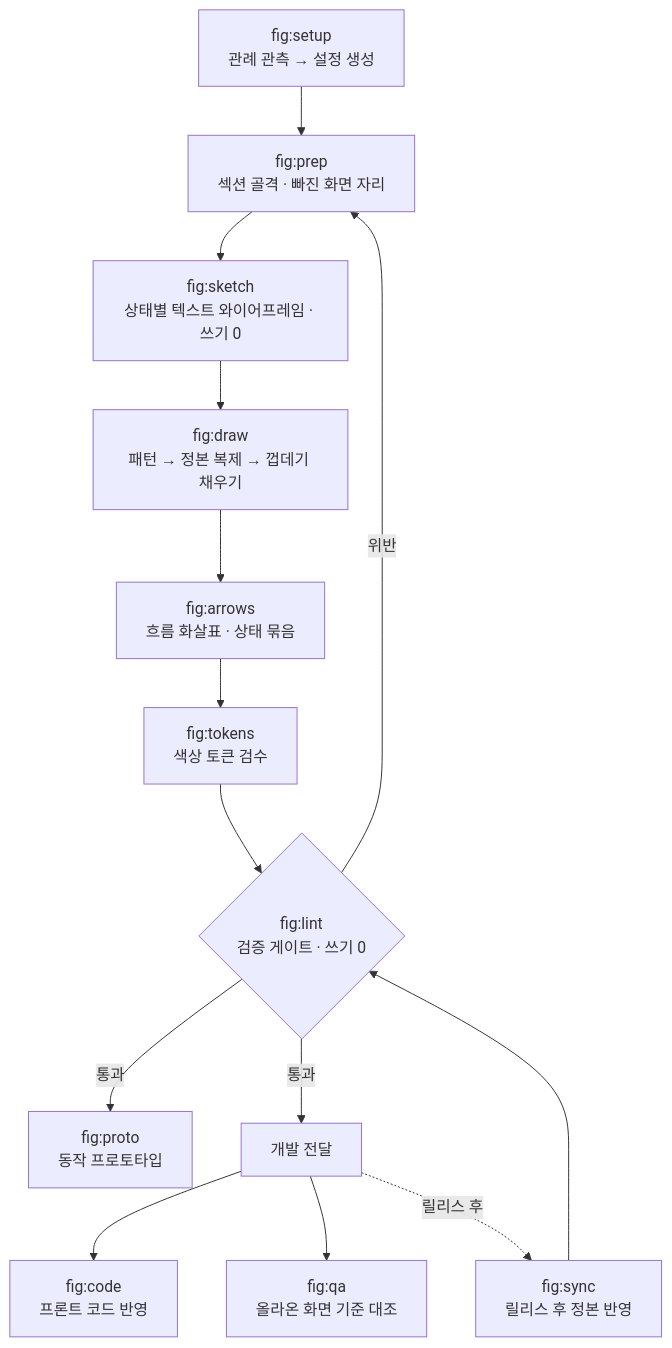
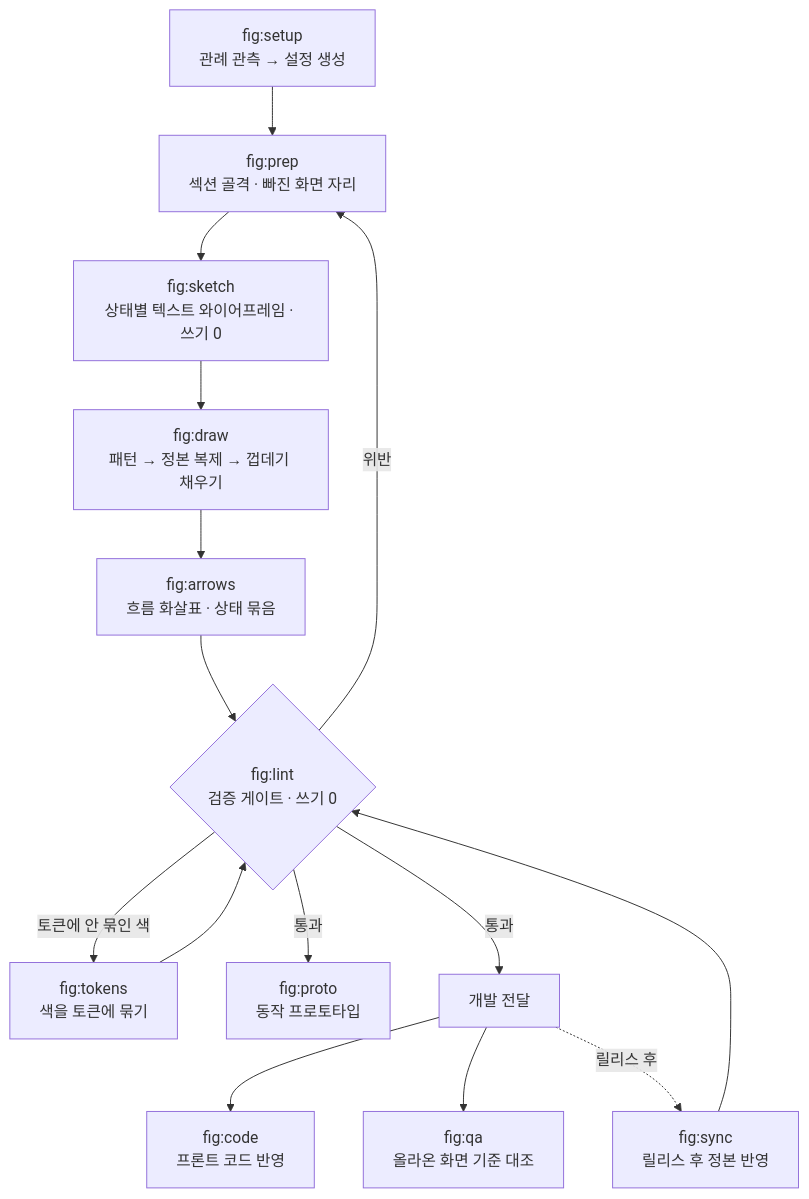
One commit to byjunyoung/claude-product-skills changed the diagram in README.ko.md. Above: the diagram before and after it, drawn with Mermaid. The commit also changed other lines of this file and 13 other files, not shown here.

First line of the commit message:
refactor(fig): tokens는 묶기만 하고, 훑기와 묶기를 스크립트로 옮긴다

````diff
--- a/README.ko.md
+++ b/README.ko.md
@@ -334,24 +334,25 @@
 ```mermaid
 flowchart TD
     setup["fig:setup<br/>관례 관측 → 설정 생성"]
     prep["fig:prep<br/>섹션 골격 · 빠진 화면 자리"]
     sketch["fig:sketch<br/>상태별 텍스트 와이어프레임 · 쓰기 0"]
     draw["fig:draw<br/>패턴 → 정본 복제 → 껍데기 채우기"]
     arrows["fig:arrows<br/>흐름 화살표 · 상태 묶음"]
-    tokens["fig:tokens<br/>색상 토큰 검수"]
+    tokens["fig:tokens<br/>색을 토큰에 묶기"]
     lint{"fig:lint<br/>검증 게이트 · 쓰기 0"}
     proto["fig:proto<br/>동작 프로토타입"]
     handoff["개발 전달"]
     code["fig:code<br/>프론트 코드 반영"]
     sync["fig:sync<br/>릴리스 후 정본 반영"]
     qa["fig:qa<br/>올라온 화면 기준 대조"]
 
-    setup --> prep --> sketch --> draw --> arrows --> tokens --> lint
+    setup --> prep --> sketch --> draw --> arrows --> lint
     lint -- 위반 --> prep
+    lint -- 토큰에 안 묶인 색 --> tokens --> lint
     lint -- 통과 --> proto
     lint -- 통과 --> handoff
     handoff --> code
     handoff --> qa
     handoff -. 릴리스 후 .-> sync
     sync --> lint
 ```
````
